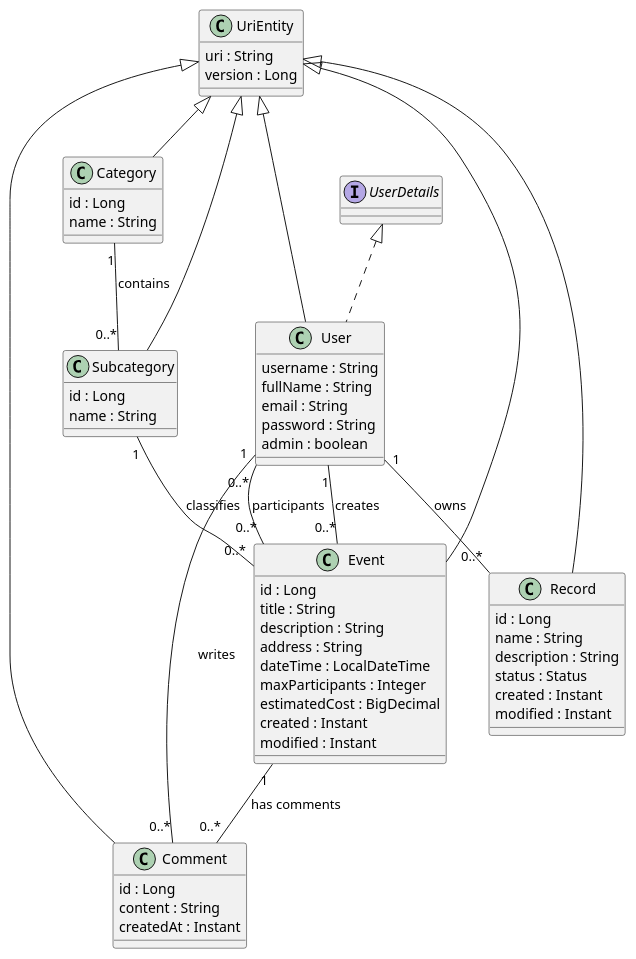
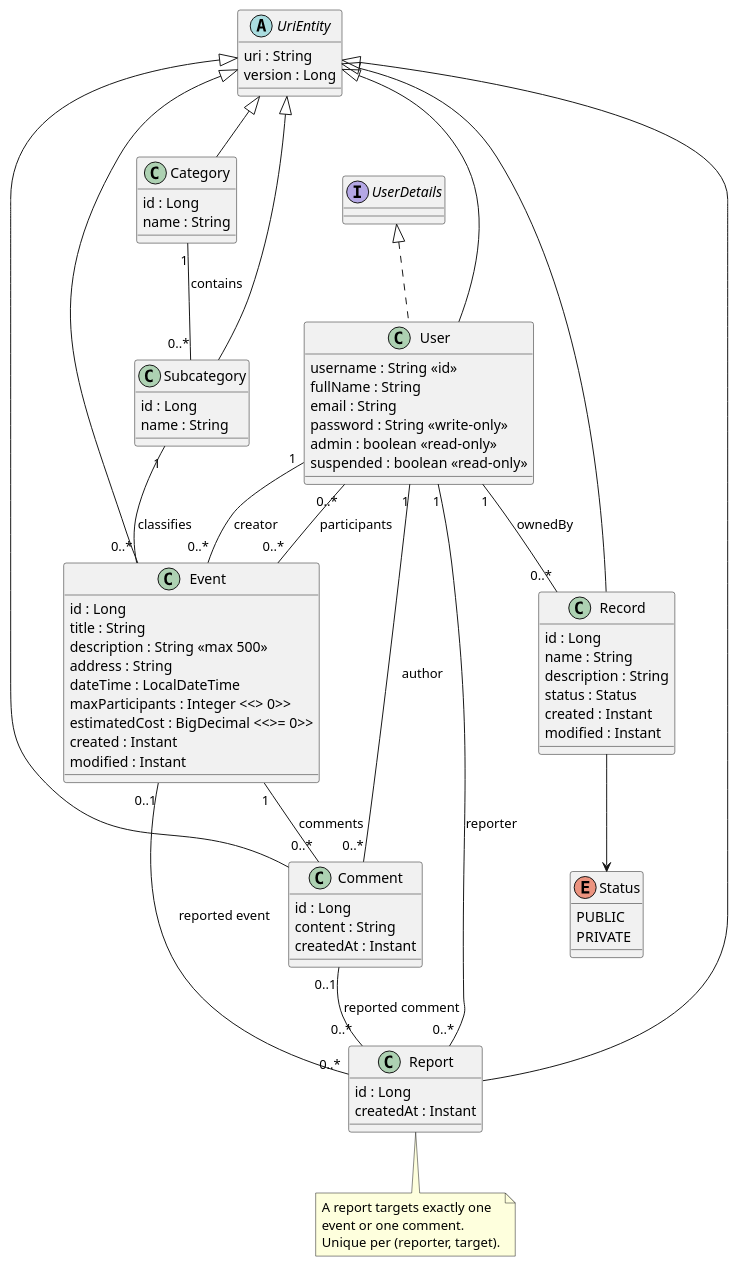
The diagram in EntitiesModel.puml (UdL-EPS-SoftArch/spring-template), drawn with PlantUML before and after one commit. The commit also changed 1 other file, not shown here.

Commit message:
docs: align entity diagrams with the current domain model
Add Report and its relations to EntitiesModel.puml and rewrite the
Mermaid diagram in the README to cover all entities.

```diff
--- a/EntitiesModel.puml
+++ b/EntitiesModel.puml
@@ -1,61 +1,81 @@
 @startuml
 
+interface UserDetails
+
+abstract class UriEntity {
+  uri : String
+  version : Long
+}
+
 class User extends UriEntity implements UserDetails {
-  username : String
+  username : String <<id>>
   fullName : String
   email : String
-  password : String
-  admin : boolean
+  password : String <<write-only>>
+  admin : boolean <<read-only>>
+  suspended : boolean <<read-only>>
 }
 
 class Category extends UriEntity {
   id : Long
   name : String
 }
 
 class Subcategory extends UriEntity {
   id : Long
   name : String
 }
 
 class Event extends UriEntity {
   id : Long
   title : String
-  description : String
+  description : String <<max 500>>
   address : String
   dateTime : LocalDateTime
-  maxParticipants : Integer
-  estimatedCost : BigDecimal
+  maxParticipants : Integer <<> 0>>
+  estimatedCost : BigDecimal <<>= 0>>
   created : Instant
   modified : Instant
+}
+
+class Comment extends UriEntity {
+  id : Long
+  content : String
+  createdAt : Instant
+}
+
+class Report extends UriEntity {
+  id : Long
+  createdAt : Instant
 }
 
 class Record extends UriEntity {
   id : Long
   name : String
   description : String
   status : Status
   created : Instant
   modified : Instant
 }
 
-class Comment extends UriEntity {
-  id : Long
-  content : String
-  createdAt : Instant
-}
-
-class UriEntity {
-  uri : String
-  version : Long
+enum Status {
+  PUBLIC
+  PRIVATE
 }
 
 Category "1" -- "0..*" Subcategory : contains
 Subcategory "1" -- "0..*" Event : classifies
-User "1" -- "0..*" Event : creates
+User "1" -- "0..*" Event : creator
 Event "0..*" -- "0..*" User : participants
-Event "1" -- "0..*" Comment : has comments
-User "1" -- "0..*" Comment : writes
-User "1" -- "0..*" Record : owns
+Event "1" -- "0..*" Comment : comments
+User "1" -- "0..*" Comment : author
+User "1" -- "0..*" Record : ownedBy
+User "1" -- "0..*" Report : reporter
+Event "0..1" -- "0..*" Report : reported event
+Comment "0..1" -- "0..*" Report : reported comment
+Record --> Status
+
+note "A report targets exactly one\nevent or one comment.\nUnique per (reporter, target)." as N1
+Report .. N1
 
 @enduml
```
